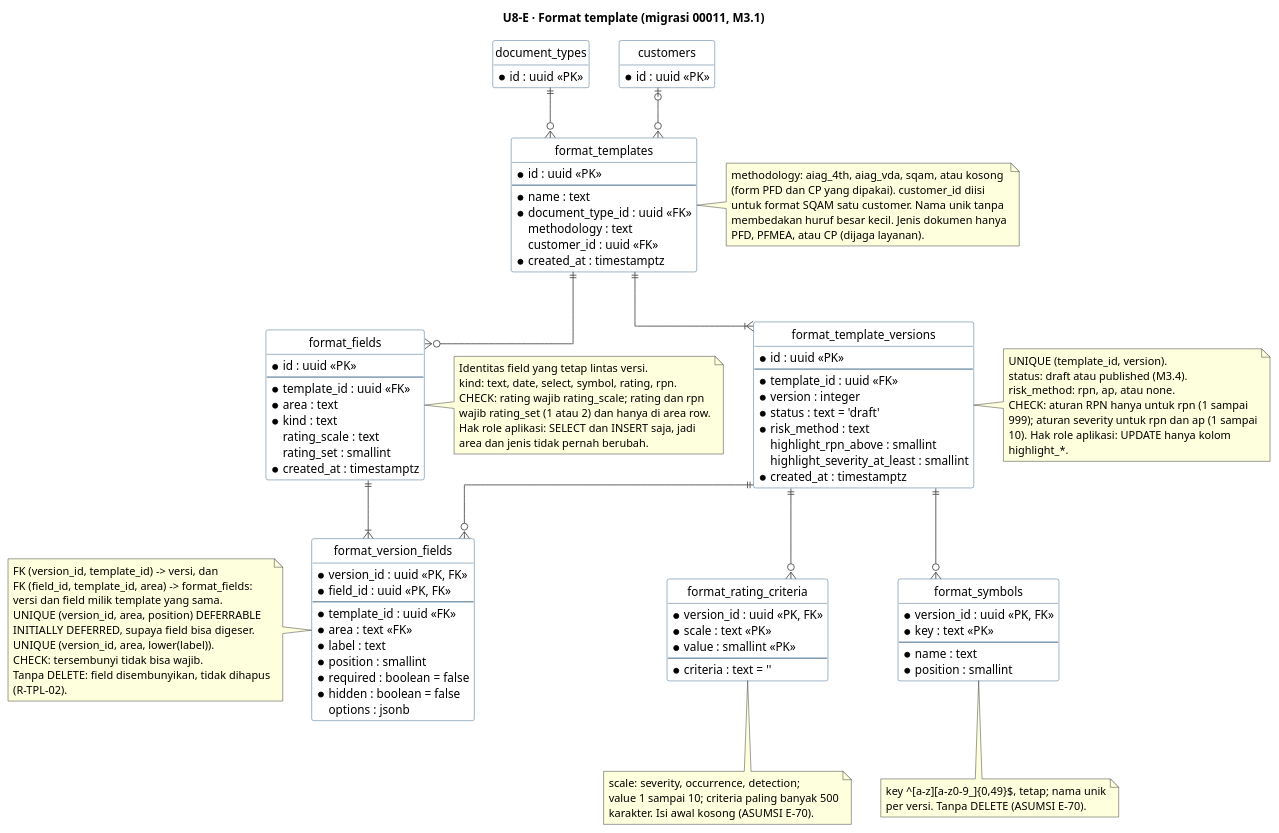
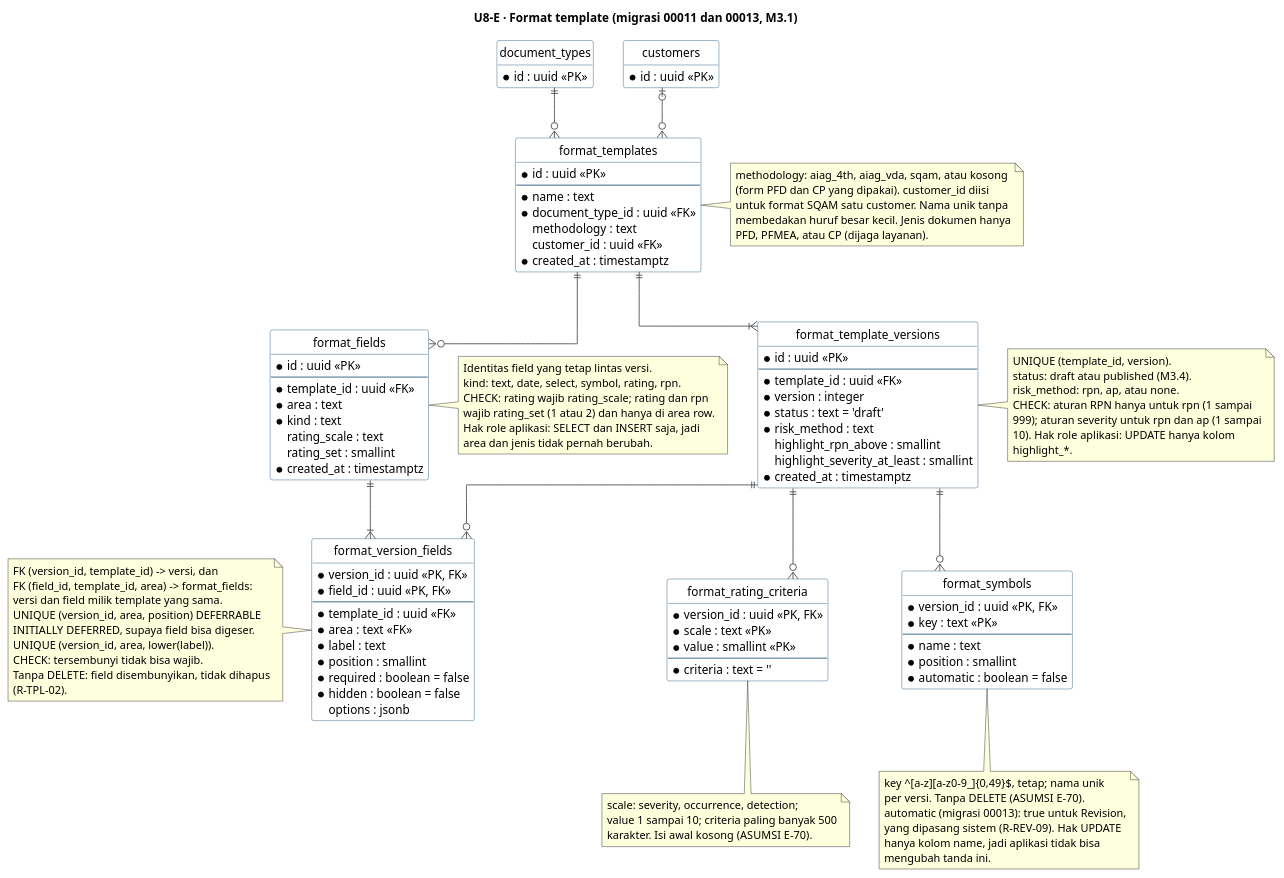
Before and after one commit to dkpauzi/revioten: the fifth of 6 diagrams in docs/uml/U8-erd.puml, drawn with PlantUML. The commit also changed other lines of this file and 27 other files, not shown here.

```diff
--- a/docs/uml/U8-erd.puml
+++ b/docs/uml/U8-erd.puml
@@ -599,140 +599,145 @@
 @startuml U8-E-format-template
 hide circle
 hide empty members
 skinparam linetype ortho
 skinparam shadowing false
 skinparam ArrowColor #444444
 skinparam ClassBorderColor #1F4E79
 skinparam ClassBackgroundColor #FFFFFF
 
-title U8-E · Format template (migrasi 00011, M3.1)
+title U8-E · Format template (migrasi 00011 dan 00013, M3.1)
 
 entity "format_templates" as format_templates {
   * id : uuid <<PK>>
   --
   * name : text
   * document_type_id : uuid <<FK>>
   methodology : text
   customer_id : uuid <<FK>>
   * created_at : timestamptz
 }
 
 entity "format_template_versions" as format_template_versions {
   * id : uuid <<PK>>
   --
   * template_id : uuid <<FK>>
   * version : integer
   * status : text = 'draft'
   * risk_method : text
   highlight_rpn_above : smallint
   highlight_severity_at_least : smallint
   * created_at : timestamptz
 }
 
 entity "format_fields" as format_fields {
   * id : uuid <<PK>>
   --
   * template_id : uuid <<FK>>
   * area : text
   * kind : text
   rating_scale : text
   rating_set : smallint
   * created_at : timestamptz
 }
 
 entity "format_version_fields" as format_version_fields {
   * version_id : uuid <<PK, FK>>
   * field_id : uuid <<PK, FK>>
   --
   * template_id : uuid <<FK>>
   * area : text <<FK>>
   * label : text
   * position : smallint
   * required : boolean = false
   * hidden : boolean = false
   options : jsonb
 }
 
 entity "format_rating_criteria" as format_rating_criteria {
   * version_id : uuid <<PK, FK>>
   * scale : text <<PK>>
   * value : smallint <<PK>>
   --
   * criteria : text = ''
 }
 
 entity "format_symbols" as format_symbols {
   * version_id : uuid <<PK, FK>>
   * key : text <<PK>>
   --
   * name : text
   * position : smallint
+  * automatic : boolean = false
 }
 
 entity "document_types" as document_types_e {
   * id : uuid <<PK>>
 }
 
 entity "customers" as customers_e {
   * id : uuid <<PK>>
 }
 
 document_types_e ||--o{ format_templates
 customers_e |o--o{ format_templates
 format_templates ||--|{ format_template_versions
 format_templates ||--o{ format_fields
 format_template_versions ||--o{ format_version_fields
 format_fields ||--|{ format_version_fields
 format_template_versions ||--o{ format_rating_criteria
 format_template_versions ||--o{ format_symbols
 
 note right of format_templates
   methodology: aiag_4th, aiag_vda, sqam, atau kosong
   (form PFD dan CP yang dipakai). customer_id diisi
   untuk format SQAM satu customer. Nama unik tanpa
   membedakan huruf besar kecil. Jenis dokumen hanya
   PFD, PFMEA, atau CP (dijaga layanan).
 end note
 
 note right of format_template_versions
   UNIQUE (template_id, version).
   status: draft atau published (M3.4).
   risk_method: rpn, ap, atau none.
   CHECK: aturan RPN hanya untuk rpn (1 sampai
   999); aturan severity untuk rpn dan ap (1 sampai
   10). Hak role aplikasi: UPDATE hanya kolom
   highlight_*.
 end note
 
 note right of format_fields
   Identitas field yang tetap lintas versi.
   kind: text, date, select, symbol, rating, rpn.
   CHECK: rating wajib rating_scale; rating dan rpn
   wajib rating_set (1 atau 2) dan hanya di area row.
   Hak role aplikasi: SELECT dan INSERT saja, jadi
   area dan jenis tidak pernah berubah.
 end note
 
 note left of format_version_fields
   FK (version_id, template_id) -> versi, dan
   FK (field_id, template_id, area) -> format_fields:
   versi dan field milik template yang sama.
   UNIQUE (version_id, area, position) DEFERRABLE
   INITIALLY DEFERRED, supaya field bisa digeser.
   UNIQUE (version_id, area, lower(label)).
   CHECK: tersembunyi tidak bisa wajib.
   Tanpa DELETE: field disembunyikan, tidak dihapus
   (R-TPL-02).
 end note
 
 note bottom of format_rating_criteria
   scale: severity, occurrence, detection;
   value 1 sampai 10; criteria paling banyak 500
   karakter. Isi awal kosong (ASUMSI E-70).
 end note
 
 note bottom of format_symbols
   key ^[a-z][a-z0-9_]{0,49}$, tetap; nama unik
   per versi. Tanpa DELETE (ASUMSI E-70).
+  automatic (migrasi 00013): true untuk Revision,
+  yang dipasang sistem (R-REV-09). Hak UPDATE
+  hanya kolom name, jadi aplikasi tidak bisa
+  mengubah tanda ini.
 end note
 @enduml
```
